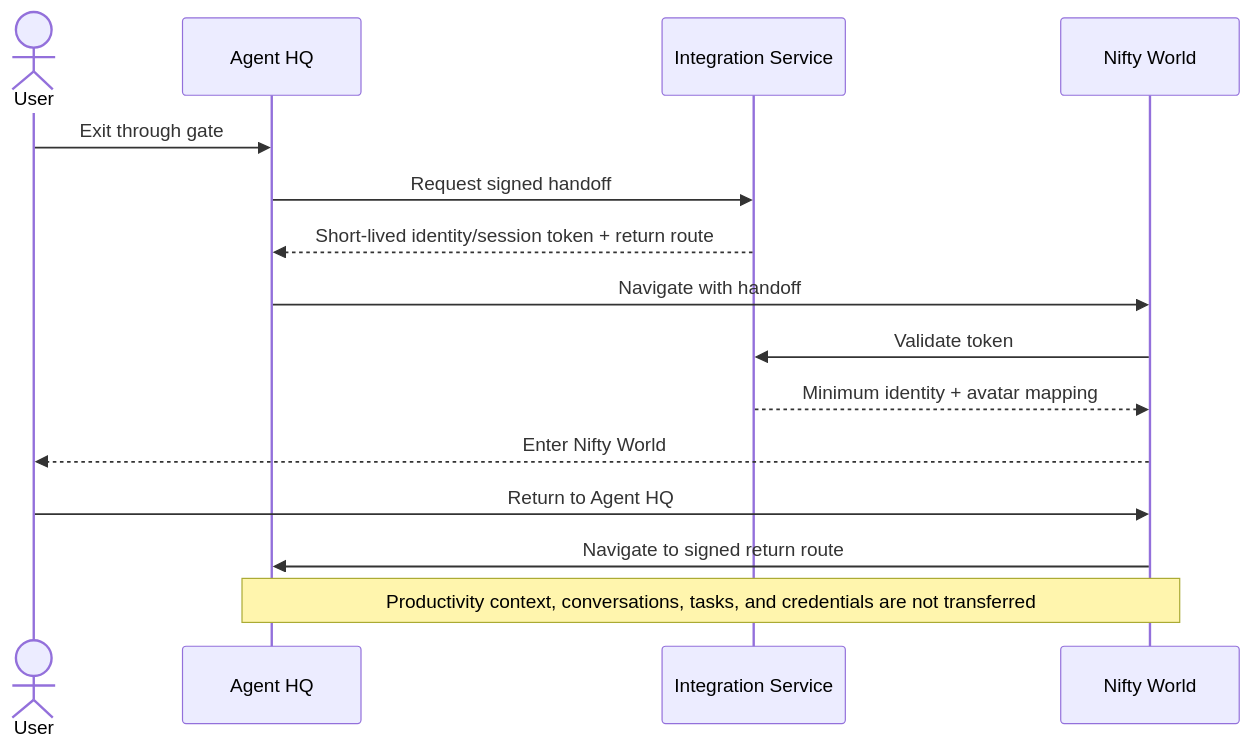
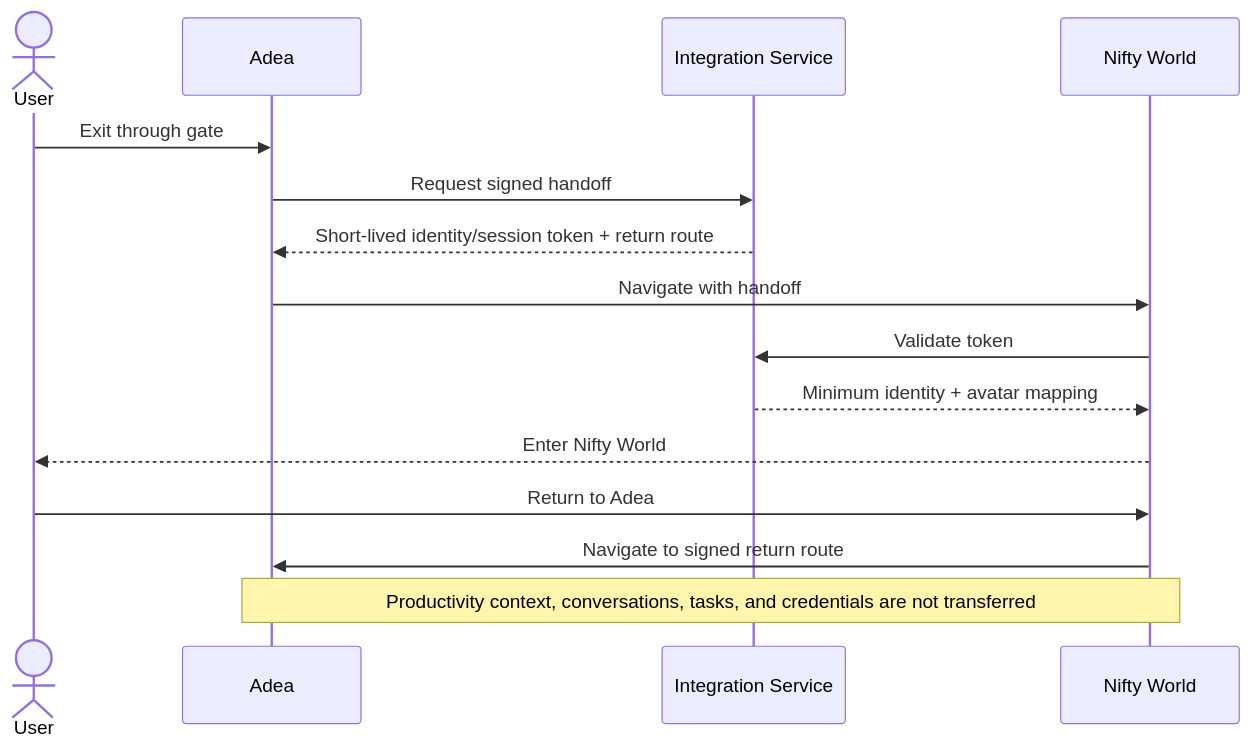
One commit to adea-ai/adea changed the ninth of 18 diagrams in docs/architecture/diagram-sources.md. Above: the diagram before and after it, drawn with Mermaid. The commit also changed other lines of this file and 72 other files, not shown here.

Commit message:
chore(brand): rename user-visible Agent HQ strings to Adea (#257)

````diff
--- a/docs/architecture/diagram-sources.md
+++ b/docs/architecture/diagram-sources.md
@@ -322,17 +322,17 @@
 ```mermaid
 sequenceDiagram
     actor U as User
-    participant H as Agent HQ
+    participant H as Adea
     participant I as Integration Service
     participant N as Nifty World
     U->>H: Exit through gate
     H->>I: Request signed handoff
     I-->>H: Short-lived identity/session token + return route
     H->>N: Navigate with handoff
     N->>I: Validate token
     I-->>N: Minimum identity + avatar mapping
     N-->>U: Enter Nifty World
-    U->>N: Return to Agent HQ
+    U->>N: Return to Adea
     N->>H: Navigate to signed return route
     Note over H,N: Productivity context, conversations, tasks, and credentials are not transferred
 ```
````
